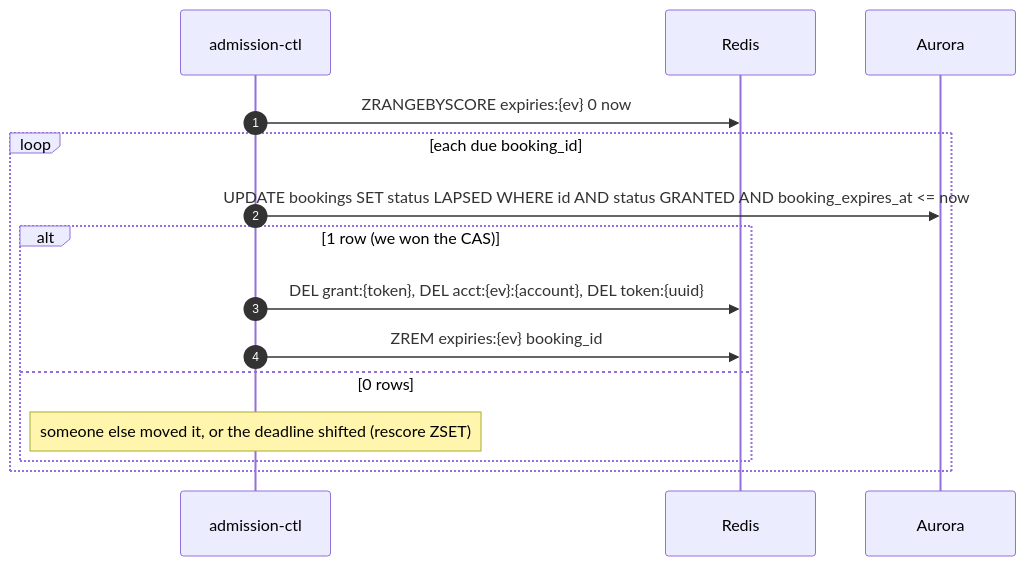
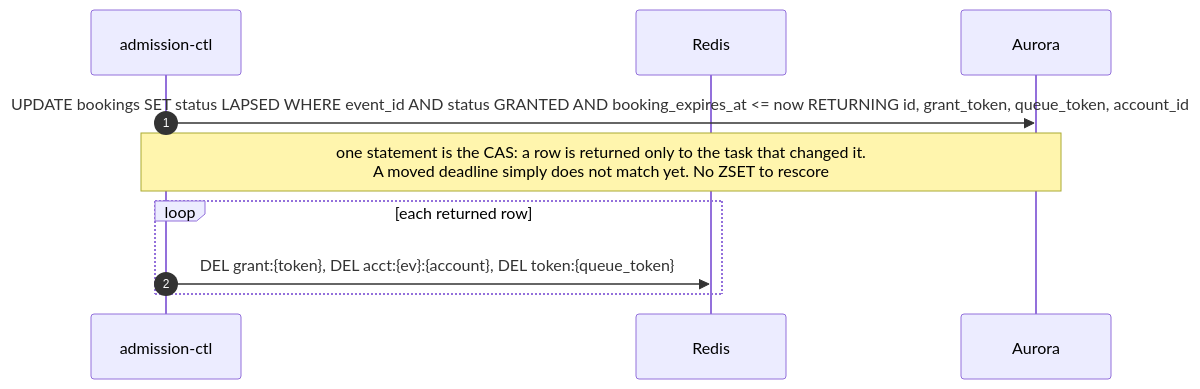
One commit to PTServerJanganTumbang-BookingTicket/be-rusuh-war-ticketing changed the fourth of 4 diagrams in docs/04-queue/05-admission-controller.md. Above: the diagram before and after it, drawn with Mermaid. The commit also changed other lines of this file and 35 other files, not shown here.

````diff
--- a/docs/04-queue/05-admission-controller.md
+++ b/docs/04-queue/05-admission-controller.md
@@ -222,18 +234,13 @@
 ```mermaid
 sequenceDiagram
     autonumber
     participant CTL as admission-ctl
     participant R as Redis
     participant DB as Aurora
 
-    CTL->>R: ZRANGEBYSCORE expiries:{ev} 0 now
-    loop each due booking_id
-        CTL->>DB: UPDATE bookings SET status LAPSED WHERE id AND status GRANTED AND booking_expires_at <= now
-        alt 1 row (we won the CAS)
-            CTL->>R: DEL grant:{token}, DEL acct:{ev}:{account}, DEL token:{uuid}
-            CTL->>R: ZREM expiries:{ev} booking_id
-        else 0 rows
-            Note over CTL: someone else moved it, or the deadline shifted (rescore ZSET)
-        end
+    CTL->>DB: UPDATE bookings SET status LAPSED WHERE event_id AND status GRANTED AND booking_expires_at <= now RETURNING id, grant_token, queue_token, account_id
+    Note over CTL,DB: one statement is the CAS: a row is returned only to the task that changed it.<br/>A moved deadline simply does not match yet. No ZSET to rescore
+    loop each returned row
+        CTL->>R: DEL grant:{token}, DEL acct:{ev}:{account}, DEL token:{queue_token}
     end
 ```
````
